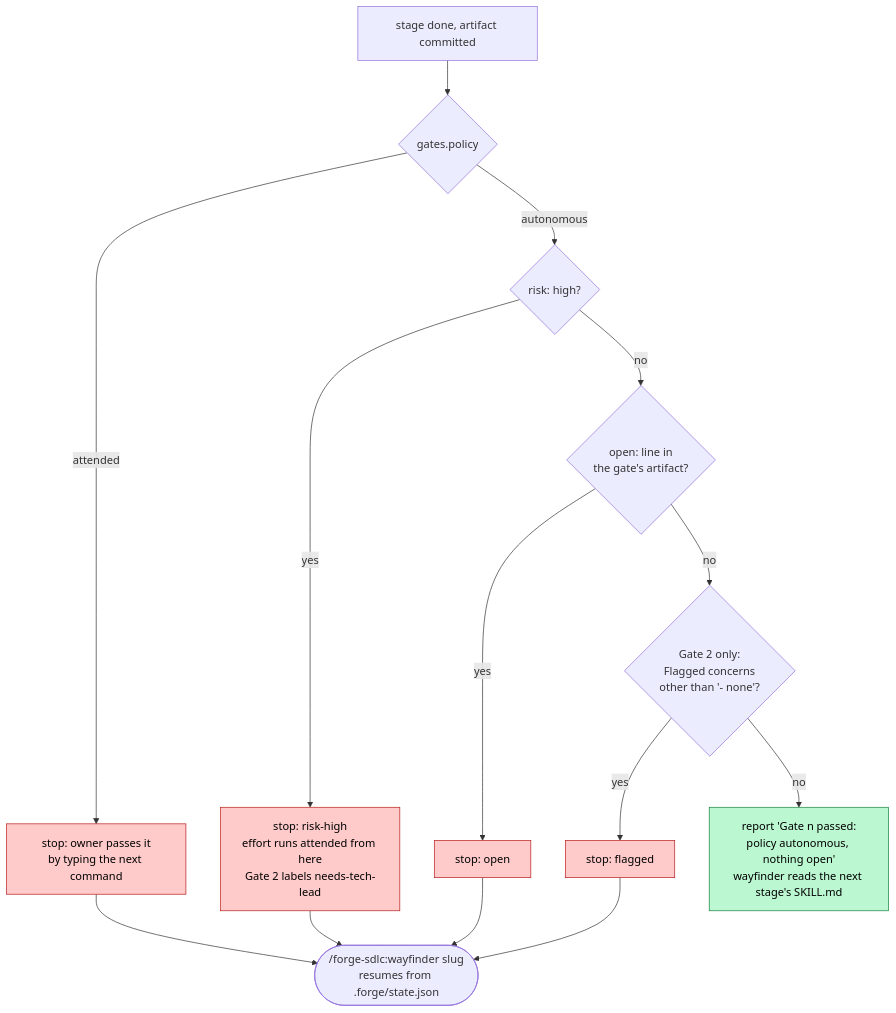
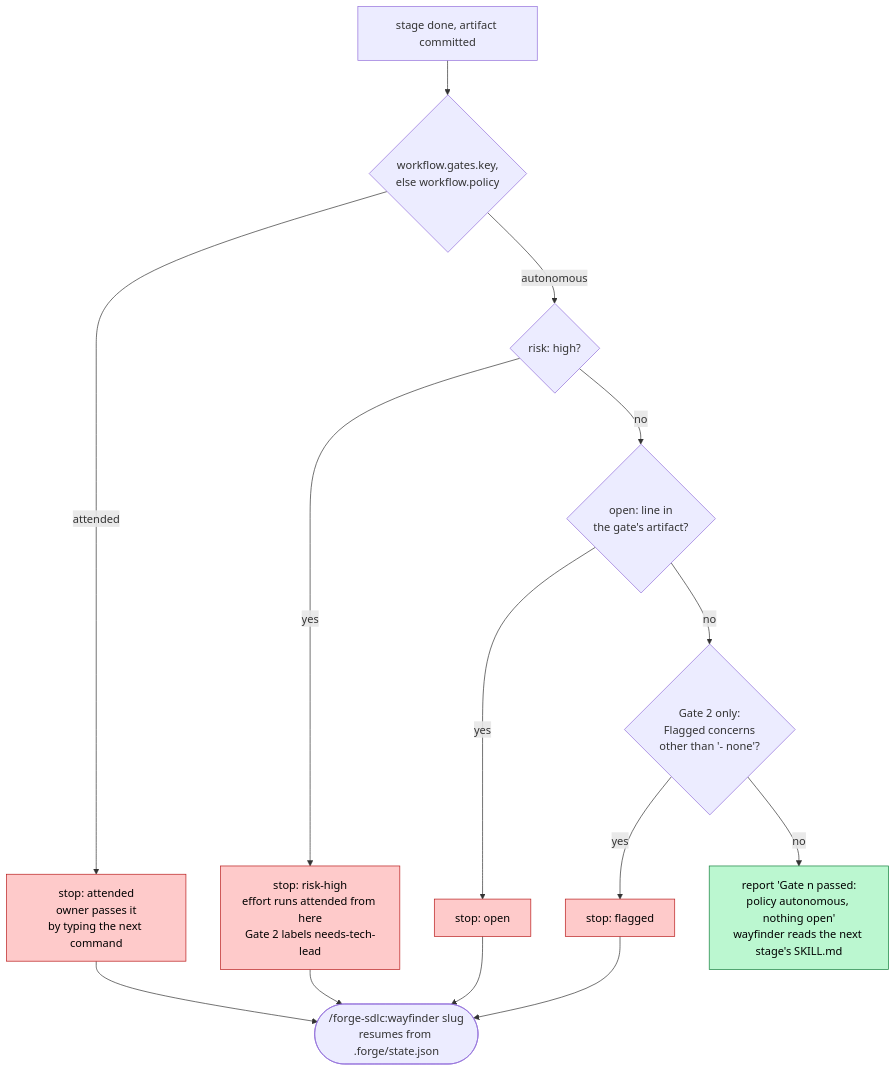
Before and after one commit to bogdanmosica/forge-sdlc: the second of 6 diagrams in docs/how-it-works.md, drawn with Mermaid. The commit also changed other lines of this file and 2 other files, not shown here.

Commit message:
docs(workflow-as-code): ADR 0018 and 0025 Status lines point at ADR 0026; how-it-works section 2 reads the gate mode from workflow.gates.<key> and workflow.policy in forge.yaml

````diff
--- a/docs/how-it-works.md
+++ b/docs/how-it-works.md
@@ -51,22 +51,22 @@
 ```mermaid
 flowchart TD
-    at["stage done, artifact committed"] --> pol{"gates.policy"}
-    pol -->|attended| stopA["stop: owner passes it<br/>by typing the next command"]
+    at["stage done, artifact committed"] --> pol{"workflow.gates.key,<br/>else workflow.policy"}
+    pol -->|attended| stopA["stop: attended<br/>owner passes it<br/>by typing the next command"]
     pol -->|autonomous| risk{"risk: high?"}
     risk -->|yes| stopR["stop: risk-high<br/>effort runs attended from here<br/>Gate 2 labels needs-tech-lead"]
     risk -->|no| open{"open: line in<br/>the gate's artifact?"}
     open -->|yes| stopO["stop: open"]
     open -->|no| flag{"Gate 2 only:<br/>Flagged concerns<br/>other than '- none'?"}
     flag -->|yes| stopF["stop: flagged"]
     flag -->|no| pass["report 'Gate n passed:<br/>policy autonomous, nothing open'<br/>wayfinder reads the next stage's SKILL.md"]
 
     stopA --> resume(["/forge-sdlc:wayfinder slug<br/>resumes from .forge/state.json"])
     stopR --> resume
     stopO --> resume
     stopF --> resume
 
     classDef stop fill:#fecaca,stroke:#b91c1c,color:#000
     classDef ok fill:#bbf7d0,stroke:#15803d,color:#000
     class stopA,stopR,stopO,stopF stop
     class pass ok
 ```
````
